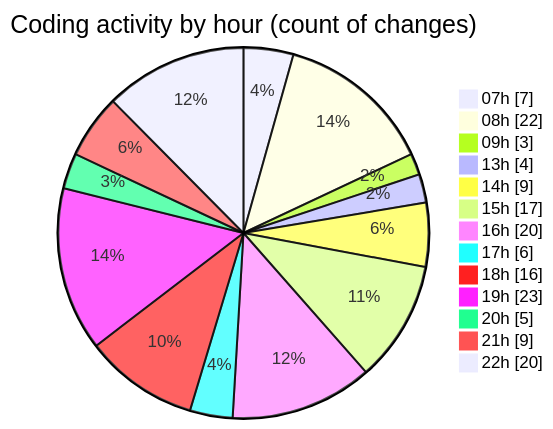
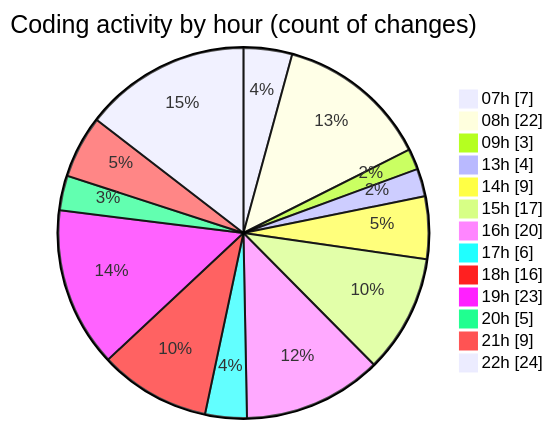
The second of 2 diagrams in 2025-05-04/niten/README.md (Elitesun/code-tracking), drawn with Mermaid before and after one commit. The commit also changed other lines of this file and 1 other file, not shown here.

````diff
--- a/2025-05-04/niten/README.md
+++ b/2025-05-04/niten/README.md
@@ -73,17 +76,17 @@
 ```mermaid
 pie showData
 title Coding activity by hour (count of changes)
 "07h" : 7
 "08h" : 22
 "09h" : 3
 "13h" : 4
 "14h" : 9
 "15h" : 17
 "16h" : 20
 "17h" : 6
 "18h" : 16
 "19h" : 23
 "20h" : 5
 "21h" : 9
-"22h" : 20
+"22h" : 24
 ```
````
